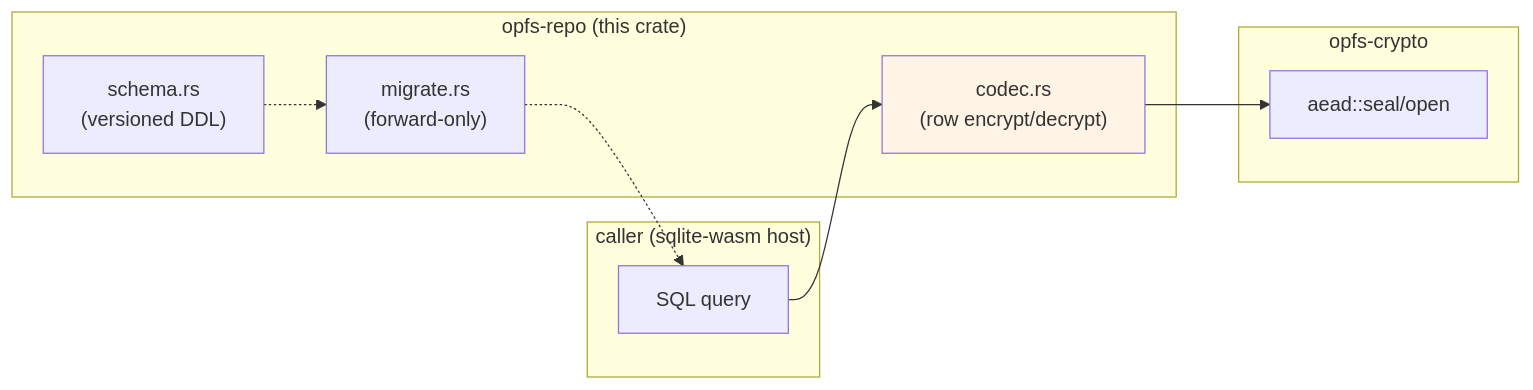
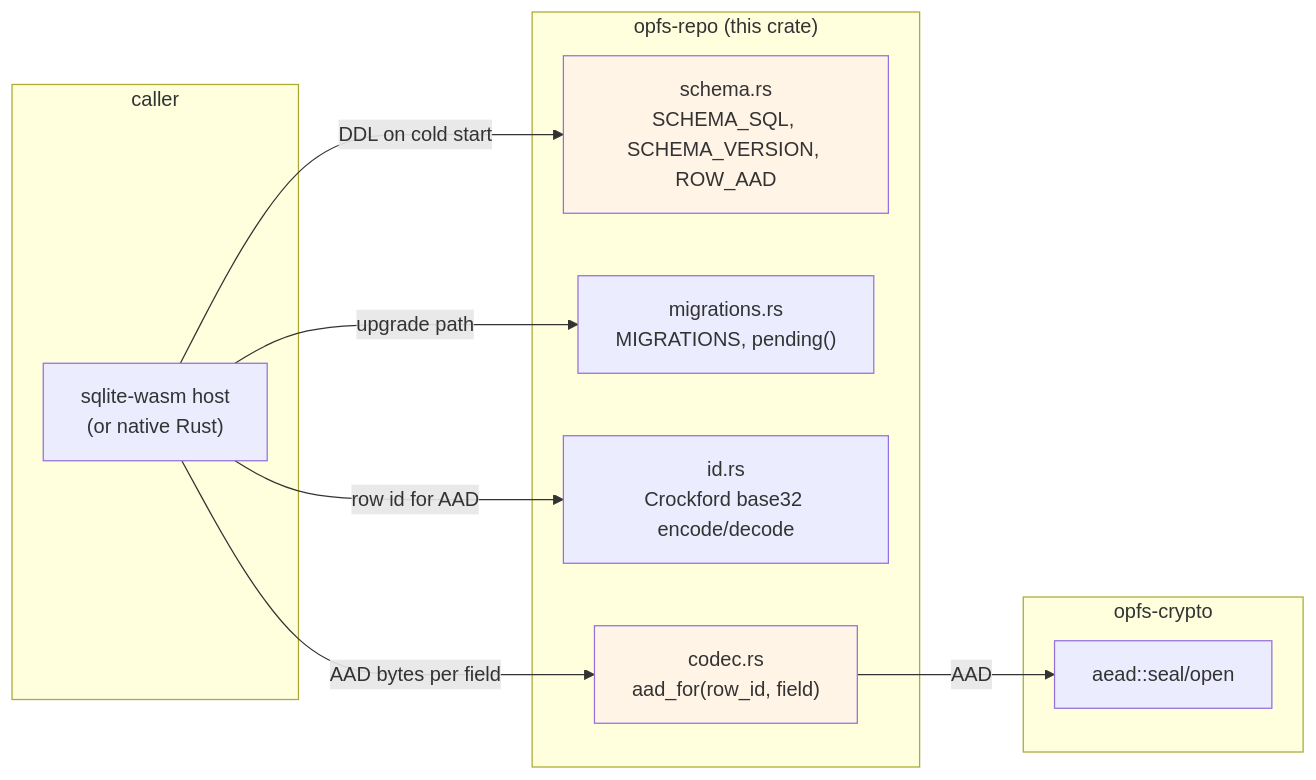
The diagram in crates/repo/README.md (stephane-segning/opfs-webauthn), drawn with Mermaid before and after one commit. The commit also changed other lines of this file and 8 other files, not shown here.

````diff
--- a/crates/repo/README.md
+++ b/crates/repo/README.md
@@ -23,23 +20,26 @@
 ```mermaid
 flowchart LR
-  subgraph Caller["caller (sqlite-wasm host)"]
-    Query["SQL query"]
+  subgraph Caller["caller"]
+    JS["sqlite-wasm host<br/>(or native Rust)"]
   end
 
   subgraph Repo["opfs-repo (this crate)"]
-    Schema["schema.rs<br/>(versioned DDL)"]
-    Codec["codec.rs<br/>(row encrypt/decrypt)"]
-    Migrate["migrate.rs<br/>(forward-only)"]
+    Schema["schema.rs<br/>SCHEMA_SQL, SCHEMA_VERSION, ROW_AAD"]
+    Migrate["migrations.rs<br/>MIGRATIONS, pending()"]
+    Id["id.rs<br/>Crockford base32 encode/decode"]
+    Codec["codec.rs<br/>aad_for(row_id, field)"]
   end
 
   subgraph Crypto["opfs-crypto"]
     AEAD["aead::seal/open"]
   end
 
-  Query --> Codec
-  Codec --> AEAD
-  Schema -.-> Migrate
-  Migrate -.-> Query
+  JS -->|"DDL on cold start"| Schema
+  JS -->|"upgrade path"| Migrate
+  JS -->|"row id for AAD"| Id
+  JS -->|"AAD bytes per field"| Codec
+  Codec -->|"AAD"| AEAD
 
+  style Schema fill:#fff4e6
   style Codec fill:#fff4e6
 ```
````
